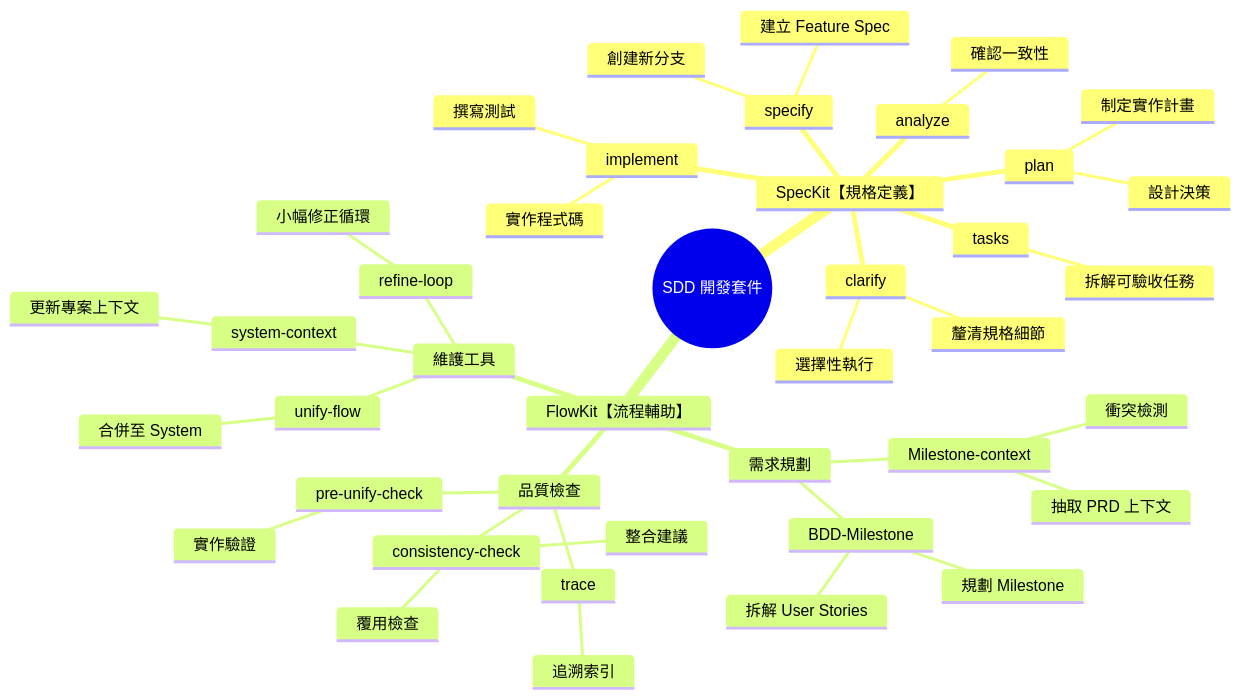
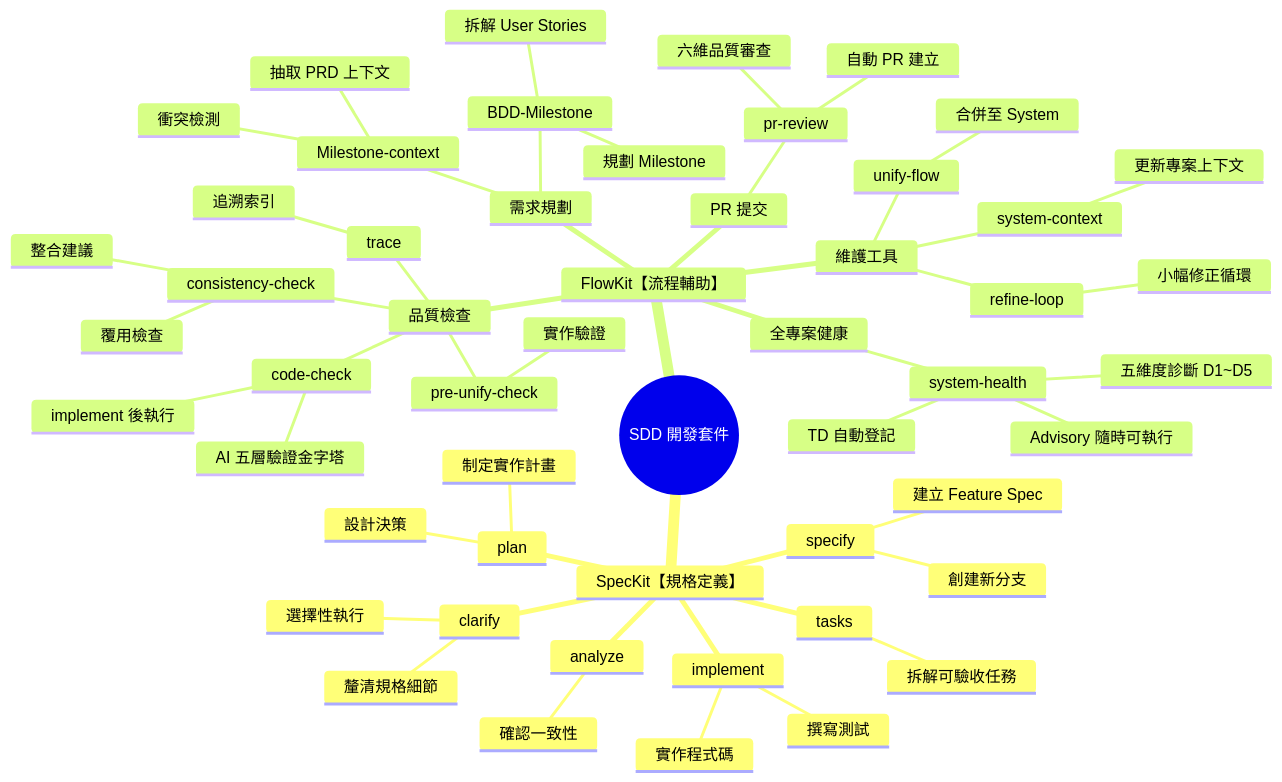
Before and after one commit to Andre0923/TaiwanMarketTimeMachine: the third of 14 diagrams in docs/77.flowkit相關文件/SDD開發流程圖.md, drawn with Mermaid. The commit also changed other lines of this file and 293 other files, not shown here.

First line of the commit message:
chore: 升級至完整 SpecKit + FlowKit 套件

````diff
--- a/docs/77.flowkit相關文件/SDD開發流程圖.md
+++ b/docs/77.flowkit相關文件/SDD開發流程圖.md
@@ -176,44 +210,56 @@
 ```mermaid
 mindmap
   root((SDD 開發套件))
     SpecKit【規格定義】
       specify
         建立 Feature Spec
         創建新分支
       clarify
         釐清規格細節
         選擇性執行
       plan
         制定實作計畫
         設計決策
       tasks
         拆解可驗收任務
       analyze
         確認一致性
       implement
         實作程式碼
         撰寫測試
     FlowKit【流程輔助】
       需求規劃
         BDD-Milestone
           拆解 User Stories
           規劃 Milestone
         Milestone-context
           抽取 PRD 上下文
           衝突檢測
       品質檢查
         consistency-check
           覆用檢查
           整合建議
+        code-check
+          AI 五層驗證金字塔
+          implement 後執行
         pre-unify-check
           實作驗證
         trace
           追溯索引
       維護工具
         unify-flow
           合併至 System
         system-context
           更新專案上下文
         refine-loop
           小幅修正循環
+      PR 提交
+        pr-review
+          六維品質審查
+          自動 PR 建立
+      全專案健康
+        system-health
+          五維度診斷 D1~D5
+          TD 自動登記
+          Advisory 隨時可執行
 ```
````
